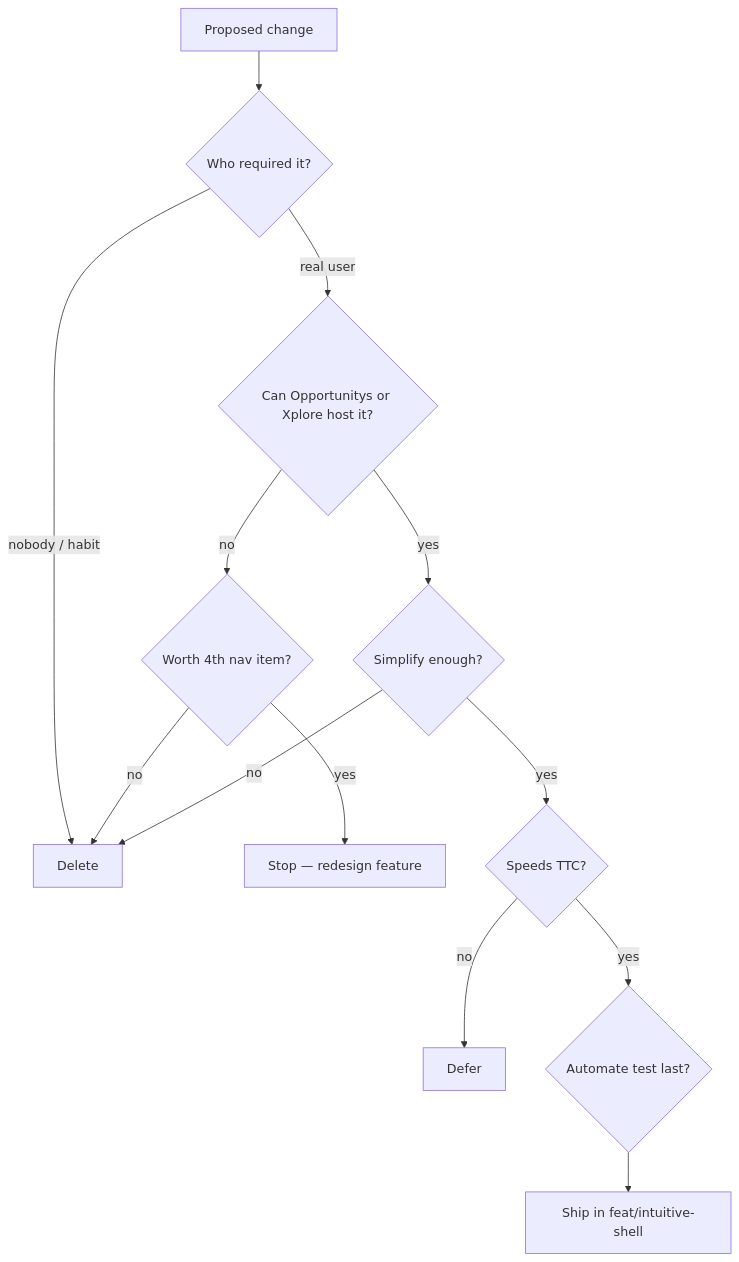
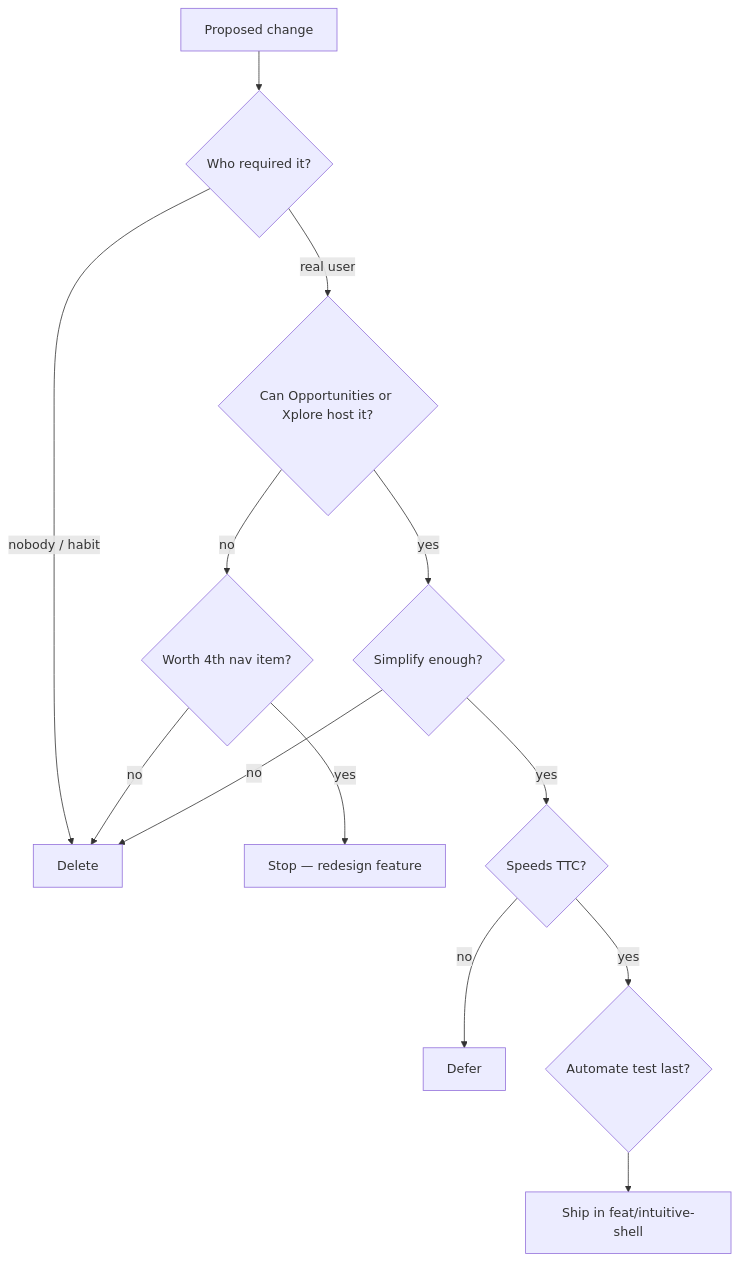
Before and after one commit to p10ns11y/collab-finder: diagram 13 of 13 in reports/single-pr-intuitive-product.md, drawn with Mermaid. The commit also changed other lines of this file and 11 other files, not shown here.

````diff
--- a/reports/single-pr-intuitive-product.md
+++ b/reports/single-pr-intuitive-product.md
@@ -612,15 +612,15 @@
 ```mermaid
 flowchart TD
   A[Proposed change] --> B{Who required it?}
   B -->|nobody / habit| C[Delete]
-  B -->|real user| D{Can Opportunitys or Xplore host it?}
+  B -->|real user| D{Can Opportunities or Xplore host it?}
   D -->|no| E{Worth 4th nav item?}
   E -->|yes| F[Stop — redesign feature]
   E -->|no| C
   D -->|yes| G{Simplify enough?}
   G -->|no| C
   G -->|yes| H{Speeds TTC?}
   H -->|no| I[Defer]
   H -->|yes| J{Automate test last?}
   J --> K[Ship in feat/intuitive-shell]
 ```
````
